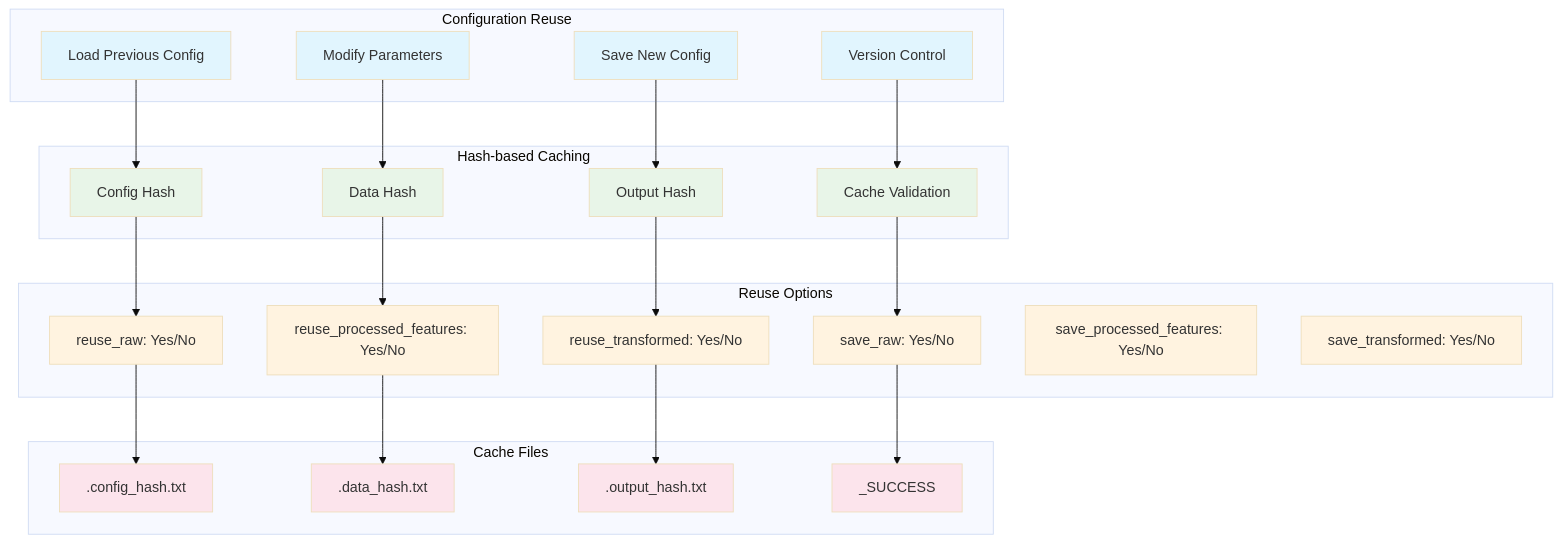
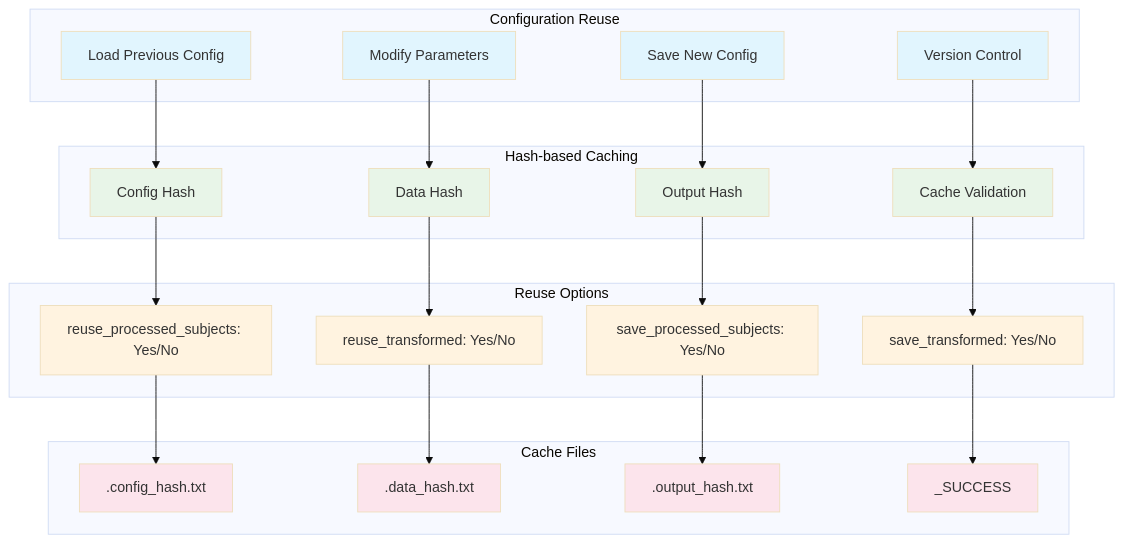
The sixth of 6 diagrams in docs/configuration_system_diagram.md (ans9868/eeg-full-pipeline), drawn with Mermaid (base theme) before and after one commit. The commit also changed other lines of this file and 4 other files, not shown here.

````diff
--- a/docs/configuration_system_diagram.md
+++ b/docs/configuration_system_diagram.md
@@ -355,62 +353,60 @@
 ```mermaid
 graph TB
     %% Reuse System
     subgraph "Configuration Reuse"
         A[Load Previous Config]
         B[Modify Parameters]
         C[Save New Config]
         D[Version Control]
     end
     
     %% Hash-based Caching
     subgraph "Hash-based Caching"
         E[Config Hash]
         F[Data Hash]
         G[Output Hash]
         H[Cache Validation]
     end
     
     %% Reuse Options
     subgraph "Reuse Options"
-        I[reuse_raw: Yes/No]
-        J[reuse_processed_features: Yes/No]
-        K[reuse_transformed: Yes/No]
-        L[save_raw: Yes/No]
-        M[save_processed_features: Yes/No]
-        N[save_transformed: Yes/No]
+        I[reuse_processed_subjects: Yes/No]
+        J[reuse_transformed: Yes/No]
+        K[save_processed_subjects: Yes/No]
+        L[save_transformed: Yes/No]
     end
     
     %% Cache Files
     subgraph "Cache Files"
         O[.config_hash.txt]
         P[.data_hash.txt]
         Q[.output_hash.txt]
         R[_SUCCESS]
     end
     
     A --> E
     B --> F
     C --> G
     D --> H
     
     E --> I
     F --> J
     G --> K
     H --> L
     
     I --> O
     J --> P
     K --> Q
     L --> R
     
     %% Styling
     classDef reuse fill:#e1f5fe
     classDef cache fill:#e8f5e8
     classDef options fill:#fff3e0
     classDef files fill:#fce4ec
     
     class A,B,C,D reuse
     class E,F,G,H cache
     class I,J,K,L,M,N options
     class O,P,Q,R files
 ``` 
````
